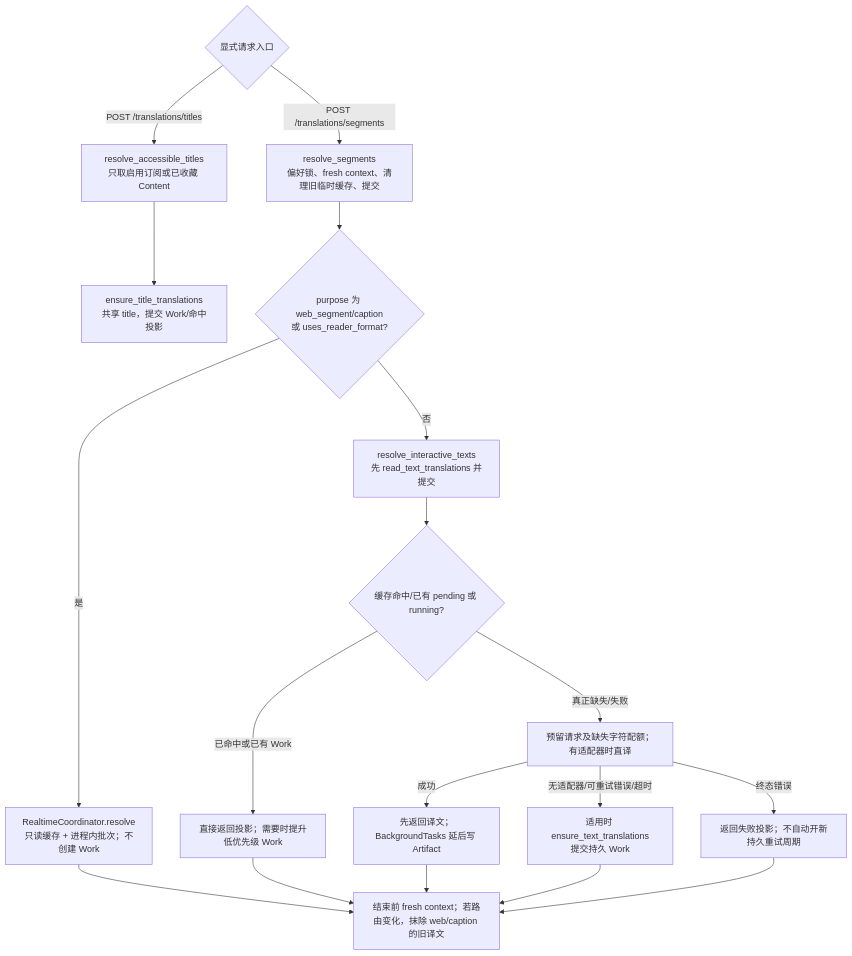
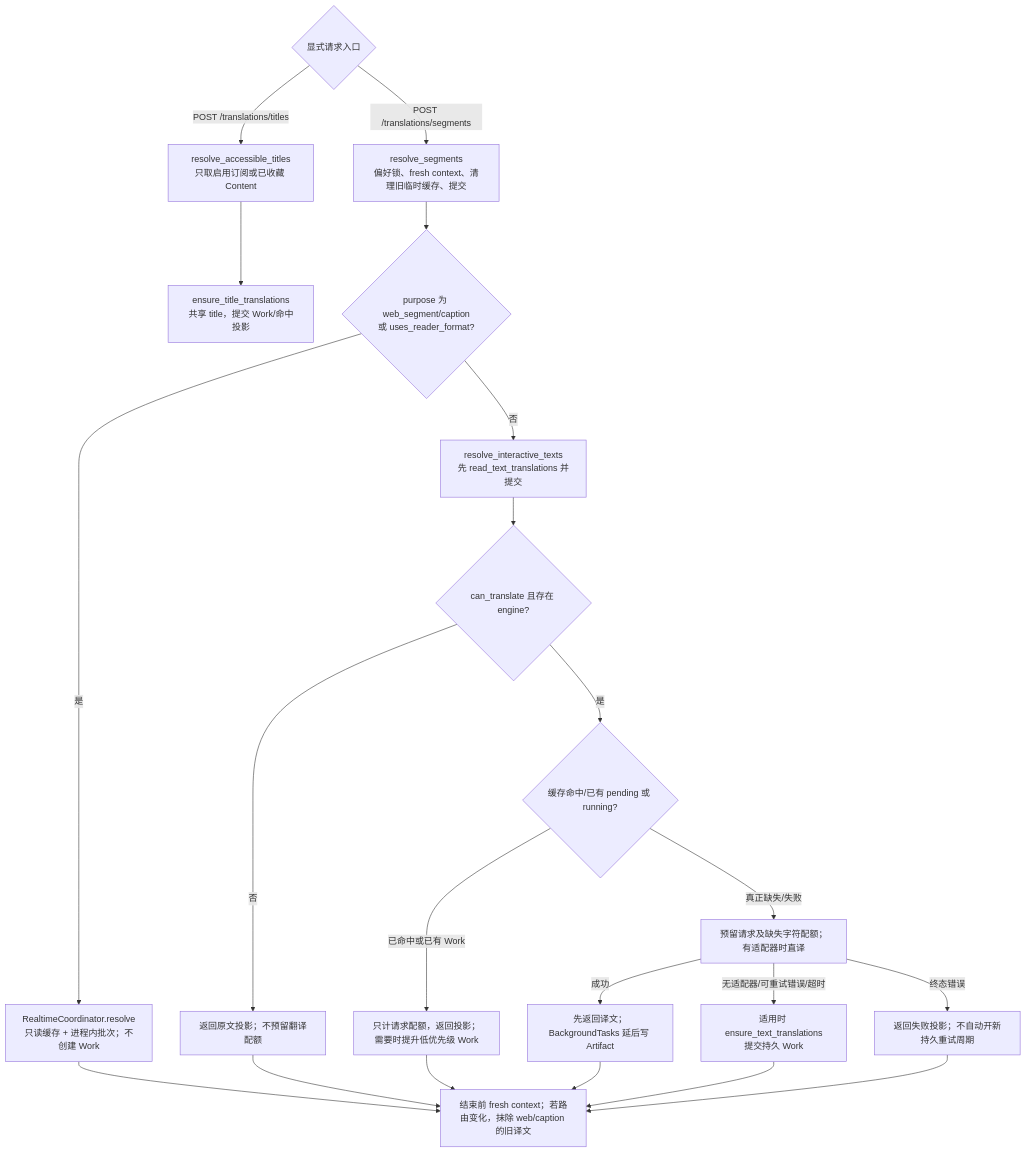
Before and after one commit to ccpowe/reader: diagram 18 of 23 in docs/backend-architecture.md, drawn with Mermaid. The commit also changed 2 other files, not shown here.

Commit message:
fix(translation): skip quota reservation when translation is unavailable

````diff
--- a/docs/backend-architecture.md
+++ b/docs/backend-architecture.md
@@ -525,21 +525,24 @@
 ```mermaid
 flowchart TD
   endpoint{"显式请求入口"}
   endpoint -->|"POST /translations/titles"| titles["resolve_accessible_titles<br/>只取启用订阅或已收藏 Content"]
   titles --> titleEnsure["ensure_title_translations<br/>共享 title，提交 Work/命中投影"]
   endpoint -->|"POST /translations/segments"| segments["resolve_segments<br/>偏好锁、fresh context、清理旧临时缓存、提交"]
   segments --> split{"purpose 为 web_segment/caption<br/>或 uses_reader_format?"}
   split -->|"是"| real["RealtimeCoordinator.resolve<br/>只读缓存 + 进程内批次；不创建 Work"]
   split -->|"否"| ordinary["resolve_interactive_texts<br/>先 read_text_translations 并提交"]
-  ordinary --> check{"缓存命中/已有 pending 或 running?"}
-  check -->|"已命中或已有 Work"| ret["直接返回投影；需要时提升低优先级 Work"]
+  ordinary --> enabled{"can_translate 且存在 engine?"}
+  enabled -->|"否"| disabled["返回原文投影；不预留翻译配额"]
+  enabled -->|"是"| check{"缓存命中/已有 pending 或 running?"}
+  check -->|"已命中或已有 Work"| ret["只计请求配额，返回投影；需要时提升低优先级 Work"]
   check -->|"真正缺失/失败"| direct["预留请求及缺失字符配额；有适配器时直译"]
   direct -->|"成功"| delayed["先返回译文；BackgroundTasks 延后写 Artifact"]
   direct -->|"无适配器/可重试错误/超时"| fallback["适用时 ensure_text_translations<br/>提交持久 Work"]
   direct -->|"终态错误"| failed["返回失败投影；不自动开新持久重试周期"]
   real --> response["结束前 fresh context；若路由变化，抹除 web/caption 的旧译文"]
   ret --> response
+  disabled --> response
   delayed --> response
   fallback --> response
   failed --> response
 ```
````
